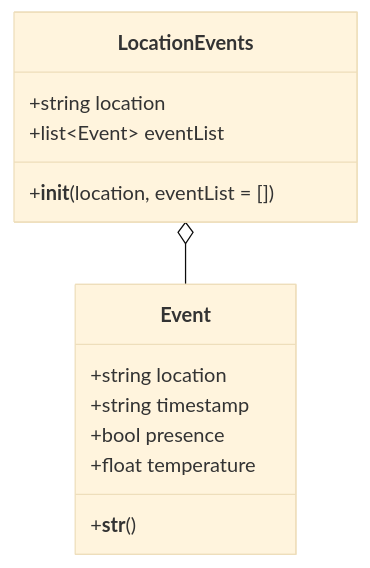
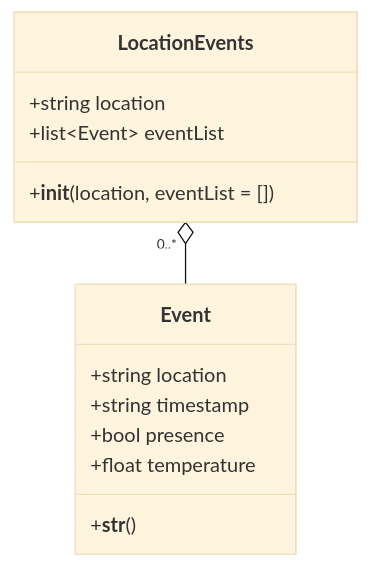
Before and after one commit to 20074694TAFE/ME-IOT-POR-Task-2: the diagram in README.md, drawn with Mermaid (base theme).

Commit message:
multiplicities

````diff
--- a/README.md
+++ b/README.md
@@ -1,14 +1,14 @@
 ```mermaid
 classDiagram
     class Event
     Event : +string location
     Event : +string timestamp
     Event : +bool presence
     Event : +float temperature
     Event : +__str__()
     class LocationEvents
     LocationEvents : +string location
     LocationEvents : +list~Event~ eventList
     LocationEvents : +__init__(location, eventList = [])
-    LocationEvents o-- Event
+    LocationEvents "0..*" o-- Event
 ```
````
